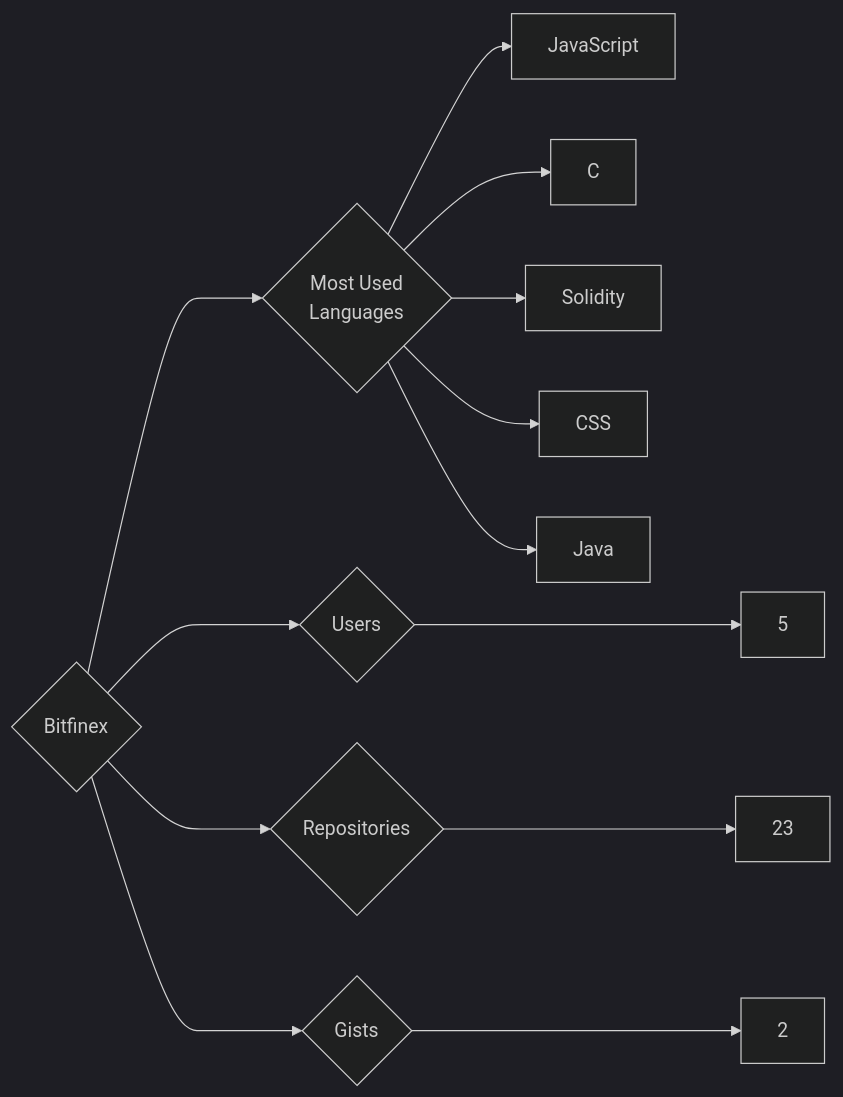
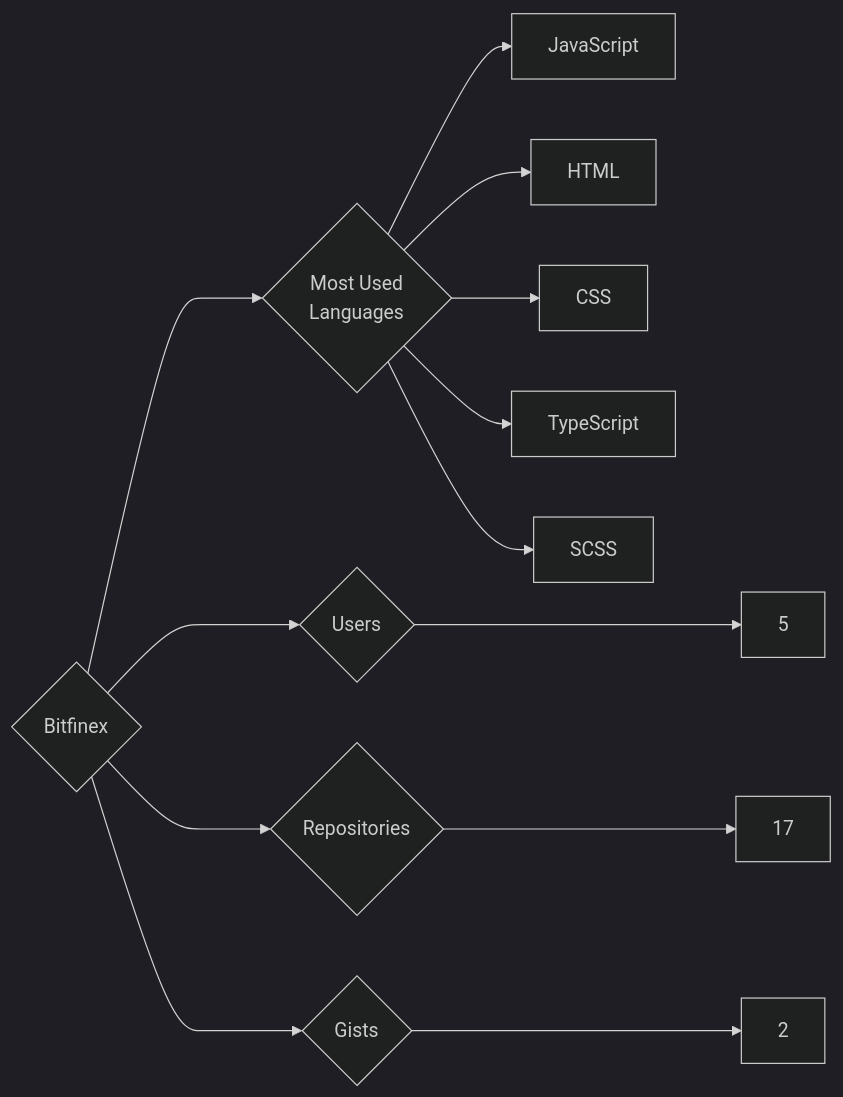
One commit to trickest/insiders changed the diagram in targets/Bitfinex/README.md. Above: the diagram before and after it, drawn with Mermaid (dark theme). The commit also changed 860 other files, not shown here.

````diff
--- a/targets/Bitfinex/README.md
+++ b/targets/Bitfinex/README.md
@@ -3,13 +3,13 @@
 ```mermaid
 graph LR
 COMPANY_NAME{Bitfinex}
 COMPANY_NAME ---> U{Users} ---> UN[5]
-COMPANY_NAME ---> R{Repositories} ---> RN[23]
+COMPANY_NAME ---> R{Repositories} ---> RN[17]
 COMPANY_NAME ---> G{Gists} ---> GN[2]
 COMPANY_NAME ---> ML{Most Used<br>Languages}
 ML --> JavaScript[JavaScript]
-ML --> C[C]
-ML --> Solidity[Solidity]
+ML --> HTML[HTML]
 ML --> CSS[CSS]
-ML --> Java[Java]
+ML --> TypeScript[TypeScript]
+ML --> SCSS[SCSS]
 ```
````
